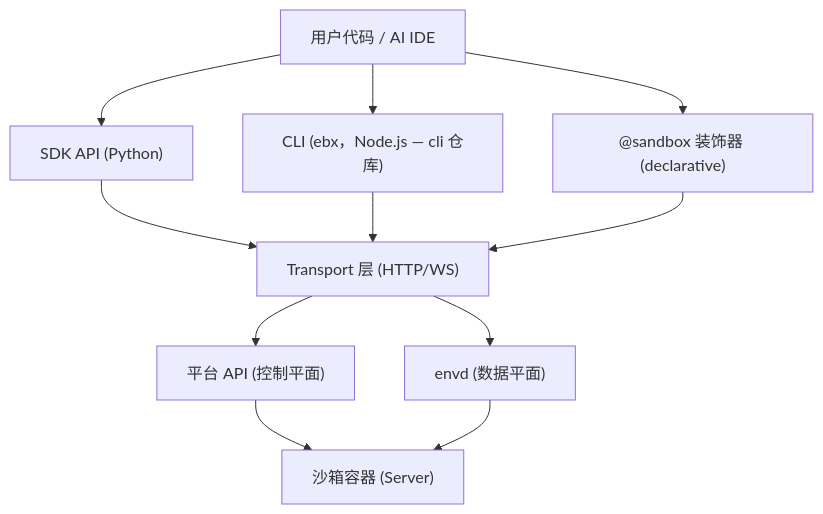
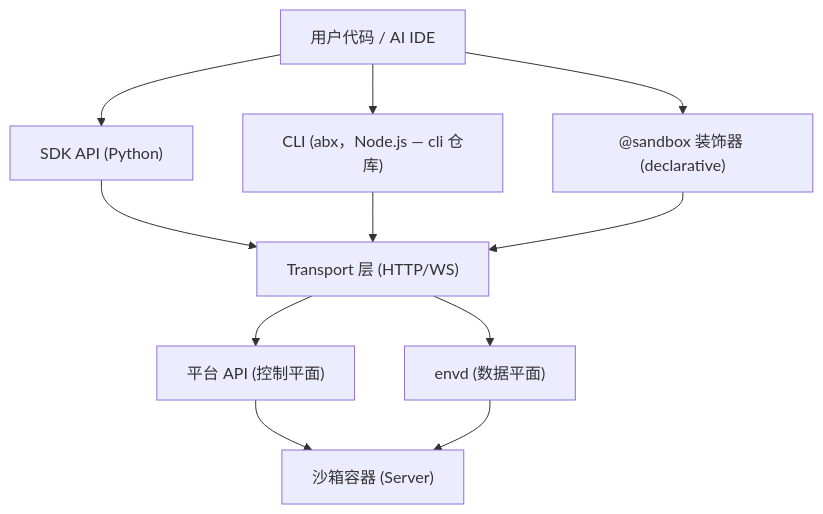
Before and after one commit to Alibaba-Agent-Sandbox/python-sdk: the first of 3 diagrams in docs/zh/explanation/architecture-overview.md, drawn with Mermaid. The commit also changed other lines of this file and 819 other files, not shown here.

````diff
--- a/docs/zh/explanation/architecture-overview.md
+++ b/docs/zh/explanation/architecture-overview.md
@@ -11,22 +11,22 @@
 ```mermaid
 graph TB
     User["用户代码 / AI IDE"]
     SDK["SDK API (Python)"]
-    CLI["CLI (ebx，Node.js — cli 仓库)"]
+    CLI["CLI (abx，Node.js — cli 仓库)"]
     Decl["@sandbox 装饰器 (declarative)"]
     Transport["Transport 层 (HTTP/WS)"]
     Platform["平台 API (控制平面)"]
     Envd["envd (数据平面)"]
     Server["沙箱容器 (Server)"]
 
     User --> SDK
     User --> CLI
     User --> Decl
     SDK --> Transport
     CLI --> Transport
     Decl --> Transport
     Transport --> Platform
     Transport --> Envd
     Platform --> Server
     Envd --> Server
 ```
````
